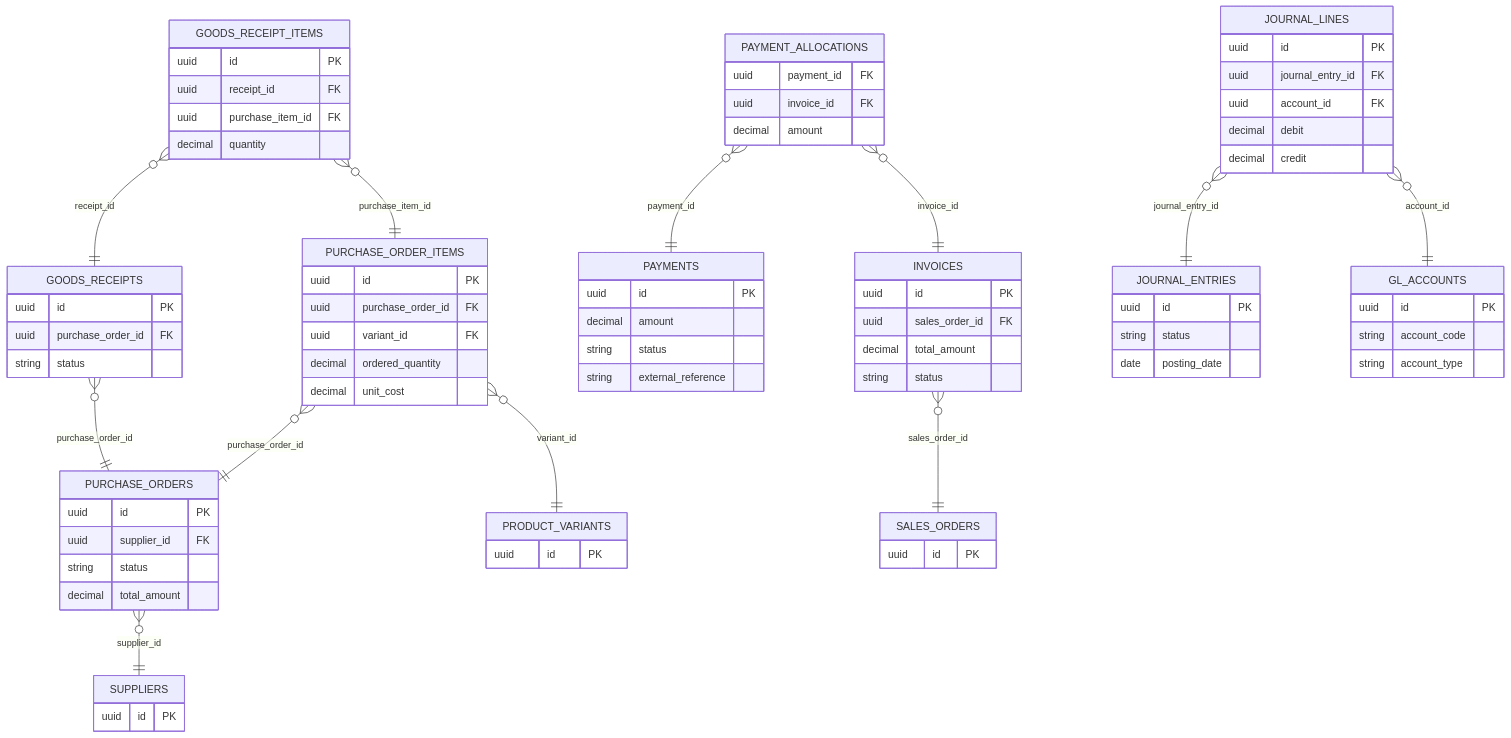
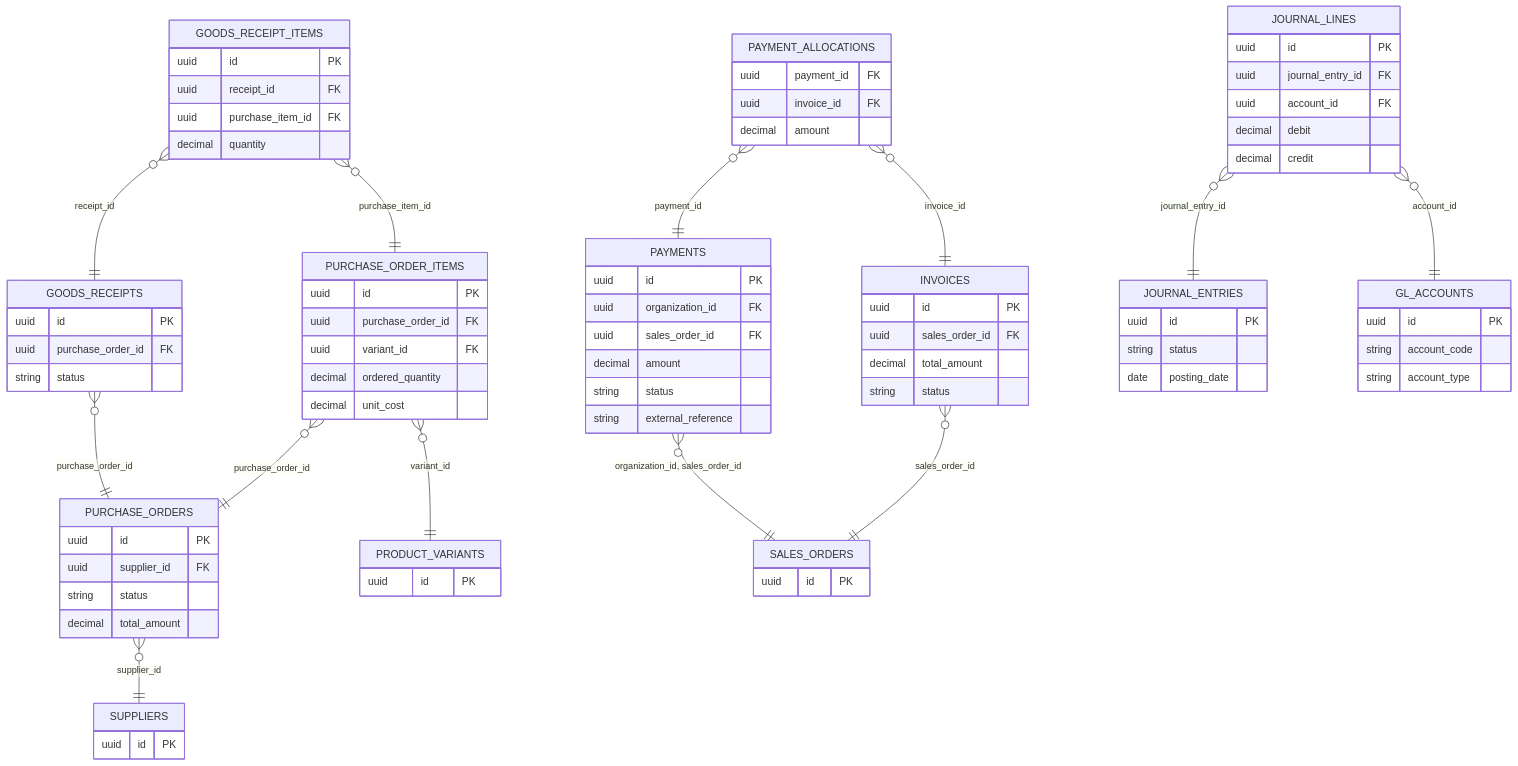
One commit to 5erax/nexuserp changed the third of 3 diagrams in docs/product/SRS.md. Above: the diagram before and after it, drawn with Mermaid. The commit also changed other lines of this file and 16 other files, not shown here.

```diff
--- a/docs/product/SRS.md
+++ b/docs/product/SRS.md
@@ -479,6 +487,8 @@
     }
     PAYMENTS {
         uuid id PK
+        uuid organization_id FK
+        uuid sales_order_id FK
         decimal amount
         string status
         string external_reference
@@ -521,6 +531,7 @@
     GOODS_RECEIPT_ITEMS }o--|| GOODS_RECEIPTS : "receipt_id"
     GOODS_RECEIPT_ITEMS }o--|| PURCHASE_ORDER_ITEMS : "purchase_item_id"
     INVOICES }o--|| SALES_ORDERS : "sales_order_id"
+    PAYMENTS }o--|| SALES_ORDERS : "organization_id, sales_order_id"
     PAYMENT_ALLOCATIONS }o--|| PAYMENTS : "payment_id"
     PAYMENT_ALLOCATIONS }o--|| INVOICES : "invoice_id"
     JOURNAL_LINES }o--|| JOURNAL_ENTRIES : "journal_entry_id"
```
